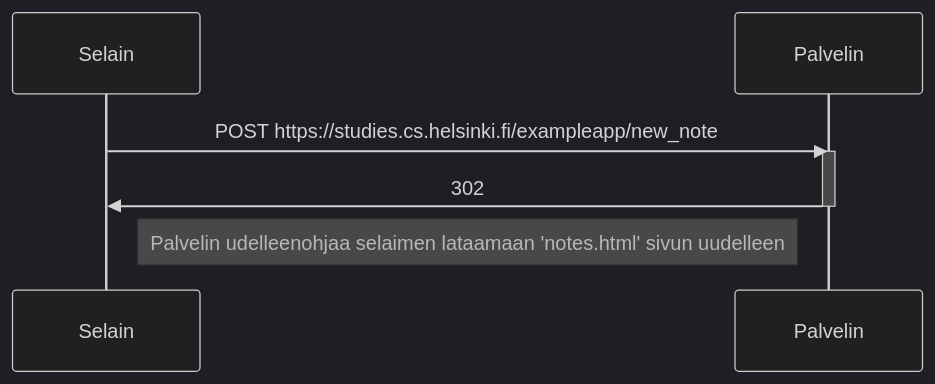
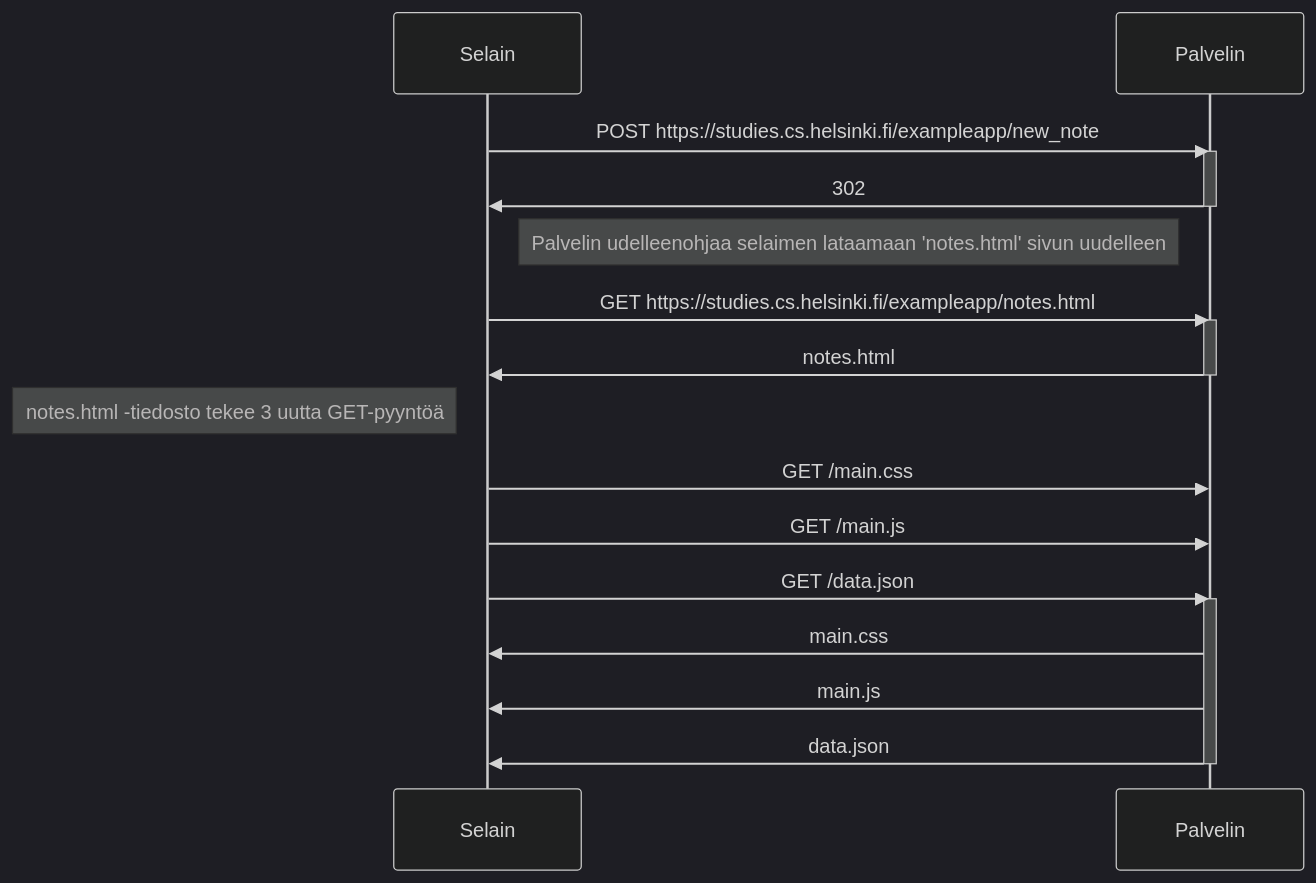
The third of 3 diagrams in 0.4.md (PasiParviainen/Fullstackosa0), drawn with Mermaid (dark theme) before and after one commit.

````diff
--- a/0.4.md
+++ b/0.4.md
@@ -41,14 +41,28 @@
 ```mermaid
 sequenceDiagram
   participant Selain
   participant Palvelin
 
   Selain->>Palvelin: POST https://studies.cs.helsinki.fi/exampleapp/new_note
   activate Palvelin
   Palvelin->>Selain: 302
   deactivate Palvelin
 
   Note right of Selain: Palvelin udelleenohjaa selaimen lataamaan 'notes.html' sivun uudelleen
 
-  
+  Selain->>Palvelin: GET https://studies.cs.helsinki.fi/exampleapp/notes.html
+  activate Palvelin
+  Palvelin->>Selain: notes.html
+  deactivate Palvelin
+
+  Note left of Selain: notes.html -tiedosto tekee 3 uutta GET-pyyntöä
+
+  Selain->>Palvelin: GET /main.css
+  Selain->>Palvelin: GET /main.js
+  Selain->>Palvelin: GET /data.json
+  activate Palvelin
+  Palvelin->>Selain: main.css
+  Palvelin->>Selain: main.js
+  Palvelin->>Selain: data.json
+  deactivate Palvelin
 ```
````
